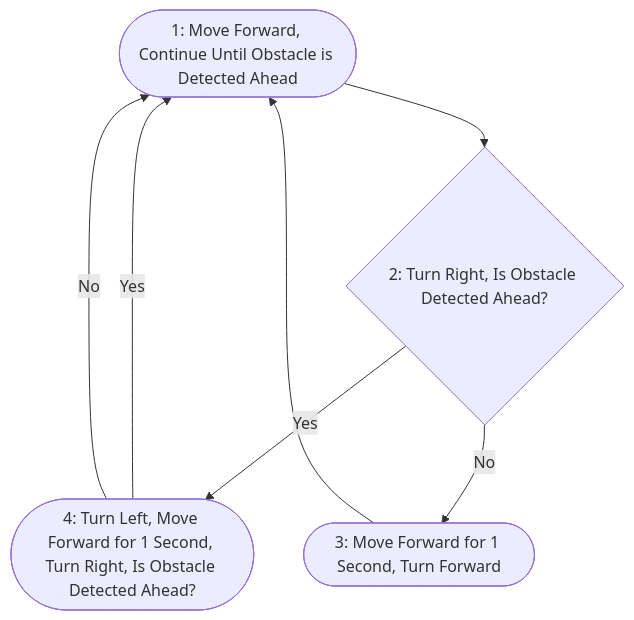
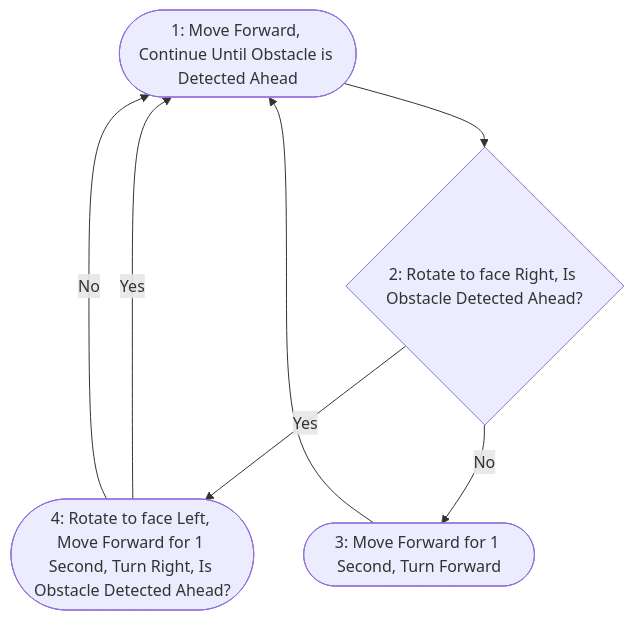
One commit to Amagerd1113/24FA_ENGR1000J_section3 changed the diagram in GAME_RULE.md. Above: the diagram before and after it, drawn with Mermaid.

````diff
--- a/GAME_RULE.md
+++ b/GAME_RULE.md
@@ -83,9 +83,9 @@
 ```mermaid
 graph TD
-    A1([1: Move Forward, Continue Until Obstacle is Detected Ahead]) --> B1{2: Turn Right, Is Obstacle Detected Ahead?}
-    B1 -- Yes --> C1([4: Turn Left, Move Forward for 1 Second, Turn Right, Is Obstacle Detected Ahead?])
+    A1([1: Move Forward, Continue Until Obstacle is Detected Ahead]) --> B1{2: Rotate to face Right, Is Obstacle Detected Ahead?}
+    B1 -- Yes --> C1([4: Rotate to face Left, Move Forward for 1 Second, Turn Right, Is Obstacle Detected Ahead?])
     C1 -- Yes --> A1
     C1 -- No --> A1
     B1 -- No --> D1([3: Move Forward for 1 Second, Turn Forward])
     D1 --> A1
 ```
````
